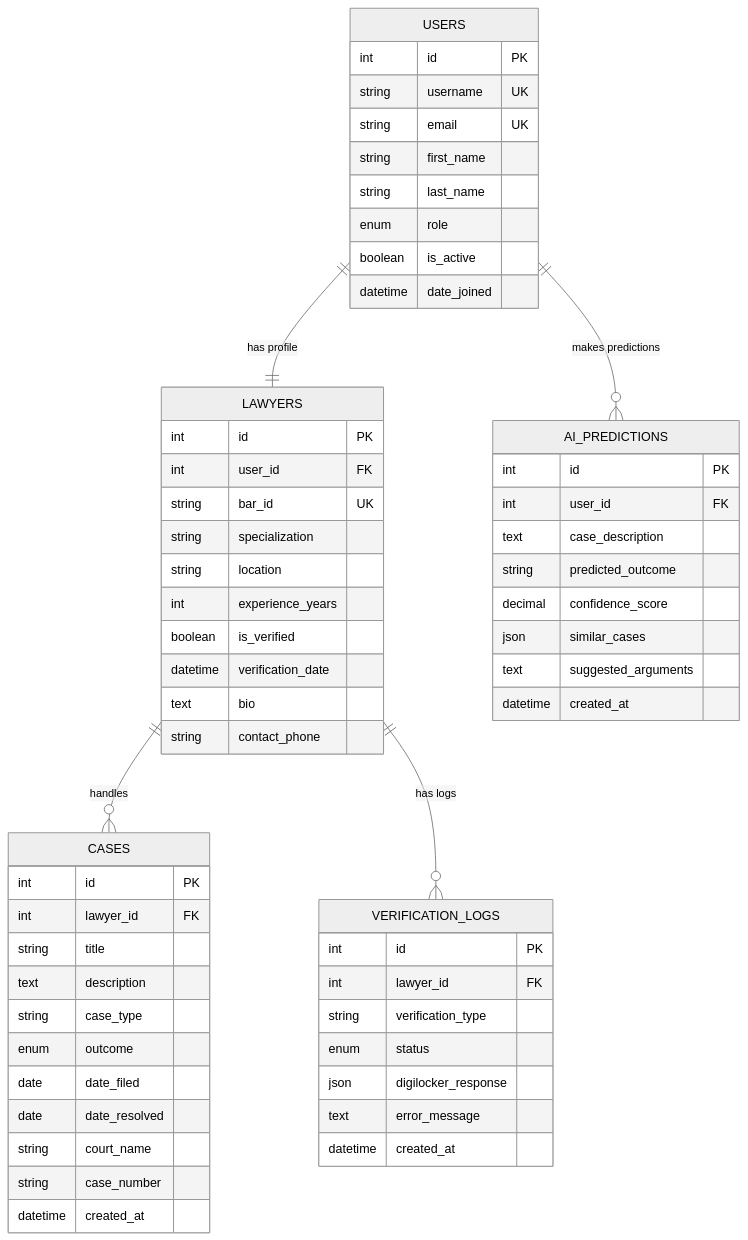
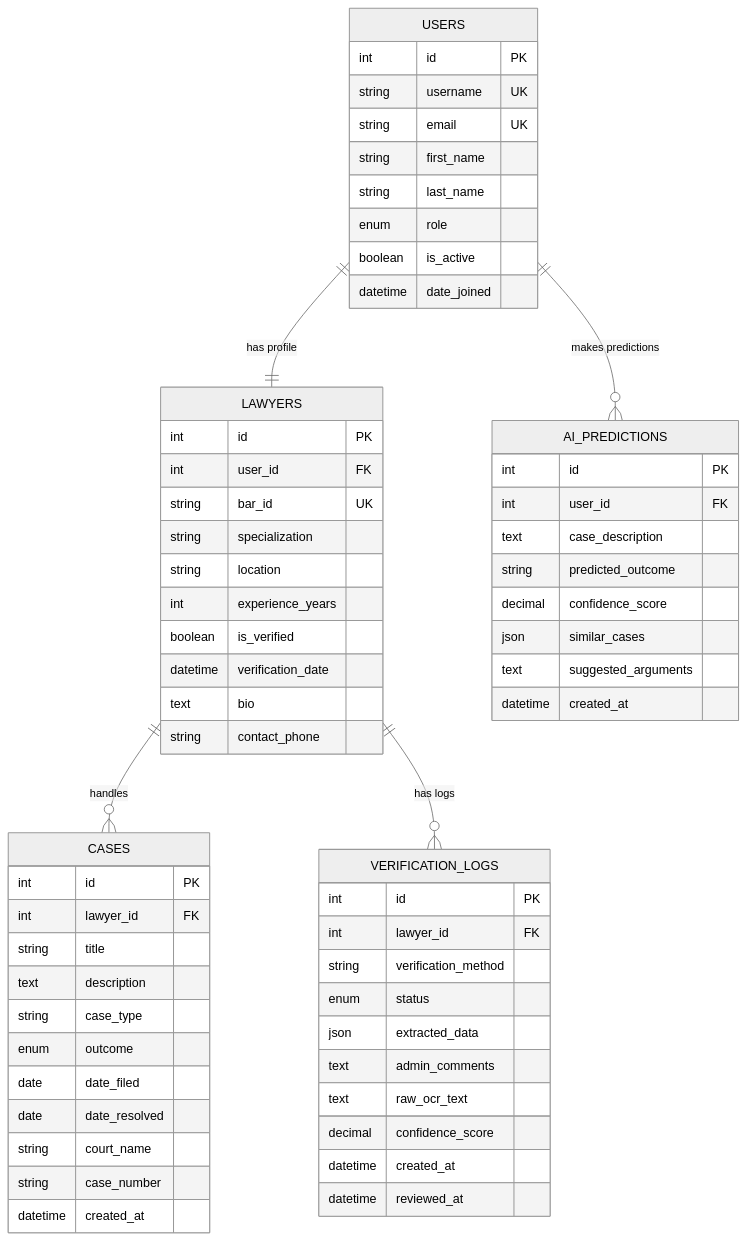
Before and after one commit to Nachiket2004/Judiciary_System: the eighth of 14 diagrams in .kiro/specs/ai-judiciary-platform/architecture-diagrams.md, drawn with Mermaid (neutral theme). The commit also changed other lines of this file, not shown here.

````diff
--- a/.kiro/specs/ai-judiciary-platform/architecture-diagrams.md
+++ b/.kiro/specs/ai-judiciary-platform/architecture-diagrams.md
@@ -426,66 +442,69 @@
 ```mermaid
 erDiagram
     USERS {
         int id PK
         string username UK
         string email UK
         string first_name
         string last_name
         enum role
         boolean is_active
         datetime date_joined
     }
     
     LAWYERS {
         int id PK
         int user_id FK
         string bar_id UK
         string specialization
         string location
         int experience_years
         boolean is_verified
         datetime verification_date
         text bio
         string contact_phone
     }
     
     CASES {
         int id PK
         int lawyer_id FK
         string title
         text description
         string case_type
         enum outcome
         date date_filed
         date date_resolved
         string court_name
         string case_number
         datetime created_at
     }
     
     VERIFICATION_LOGS {
         int id PK
         int lawyer_id FK
-        string verification_type
+        string verification_method
         enum status
-        json digilocker_response
-        text error_message
+        json extracted_data
+        text admin_comments
+        text raw_ocr_text
+        decimal confidence_score
         datetime created_at
+        datetime reviewed_at
     }
     
     AI_PREDICTIONS {
         int id PK
         int user_id FK
         text case_description
         string predicted_outcome
         decimal confidence_score
         json similar_cases
         text suggested_arguments
         datetime created_at
     }
     
     USERS ||--|| LAWYERS : "has profile"
     LAWYERS ||--o{ CASES : "handles"
     LAWYERS ||--o{ VERIFICATION_LOGS : "has logs"
     USERS ||--o{ AI_PREDICTIONS : "makes predictions"
 ```
````
